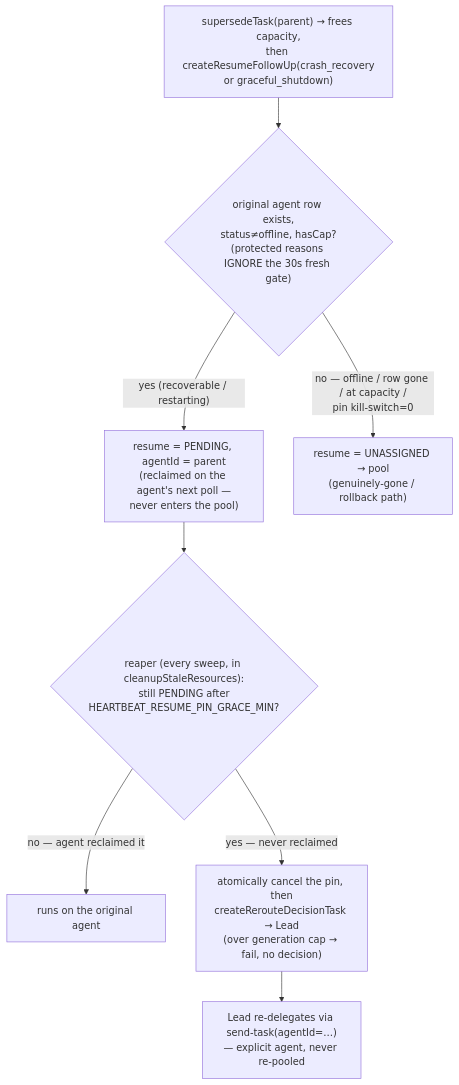
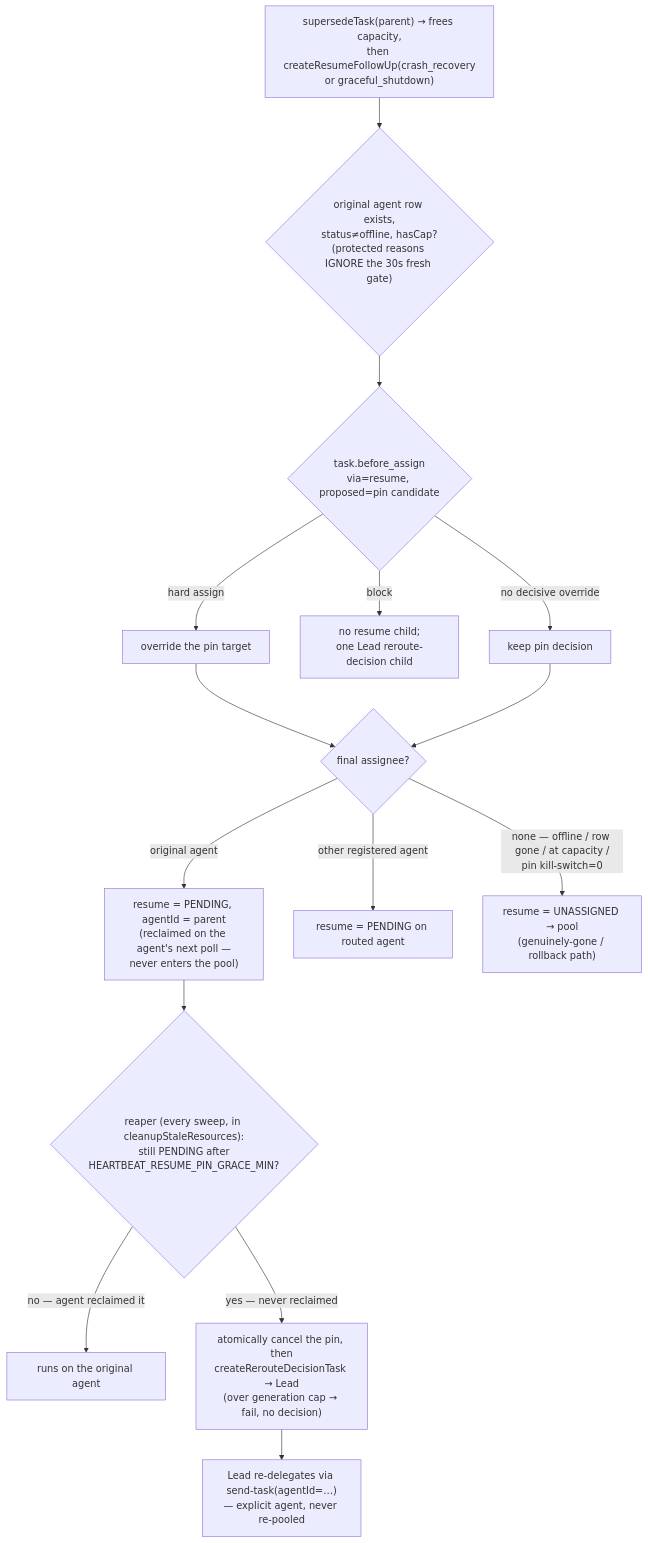
One commit to desplega-ai/agent-swarm changed the third of 4 diagrams in runbooks/heartbeat-crash-recovery.md. Above: the diagram before and after it, drawn with Mermaid. The commit also changed other lines of this file and 15 other files, not shown here.

````diff
--- a/runbooks/heartbeat-crash-recovery.md
+++ b/runbooks/heartbeat-crash-recovery.md
@@ -45,11 +46,18 @@
 ```mermaid
 flowchart TD
   entry["supersedeTask(parent) → frees capacity,<br/>then createResumeFollowUp(crash_recovery<br/>or graceful_shutdown)"]
   entry --> gate{"original agent row exists,<br/>status≠offline, hasCap?<br/>(protected reasons IGNORE the 30s fresh gate)"}
-  gate -->|"yes (recoverable / restarting)"| pin["resume = PENDING, agentId = parent<br/>(reclaimed on the agent's next poll —<br/>never enters the pool)"]
-  gate -->|"no — offline / row gone / at capacity /<br/>pin kill-switch=0"| pool["resume = UNASSIGNED → pool<br/>(genuinely-gone / rollback path)"]
+  gate --> hook{"task.before_assign<br/>via=resume, proposed=pin candidate"}
+  hook -->|"hard assign"| override["override the pin target"]
+  hook -->|"block"| blocked["no resume child;<br/>one Lead reroute-decision child"]
+  hook -->|"no decisive override"| defaultRoute["keep pin decision"]
+  override --> final{"final assignee?"}
+  defaultRoute --> final
+  final -->|"original agent"| pin["resume = PENDING, agentId = parent<br/>(reclaimed on the agent's next poll —<br/>never enters the pool)"]
+  final -->|"other registered agent"| redirected["resume = PENDING on routed agent"]
+  final -->|"none — offline / row gone / at capacity /<br/>pin kill-switch=0"| pool["resume = UNASSIGNED → pool<br/>(genuinely-gone / rollback path)"]
   pin --> reap{"reaper (every sweep, in cleanupStaleResources):<br/>still PENDING after<br/>HEARTBEAT_RESUME_PIN_GRACE_MIN?"}
   reap -->|"no — agent reclaimed it"| ok["runs on the original agent"]
   reap -->|"yes — never reclaimed"| esc["atomically cancel the pin, then<br/>createRerouteDecisionTask → Lead<br/>(over generation cap → fail, no decision)"]
   esc --> lead["Lead re-delegates via send-task(agentId=…)<br/>— explicit agent, never re-pooled"]
 ```
````
